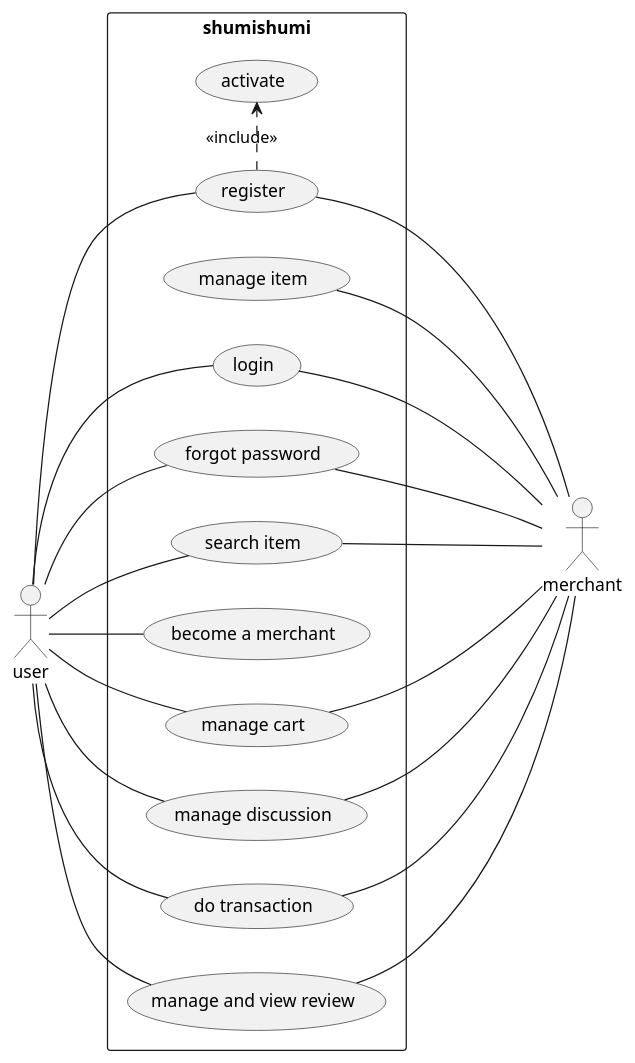
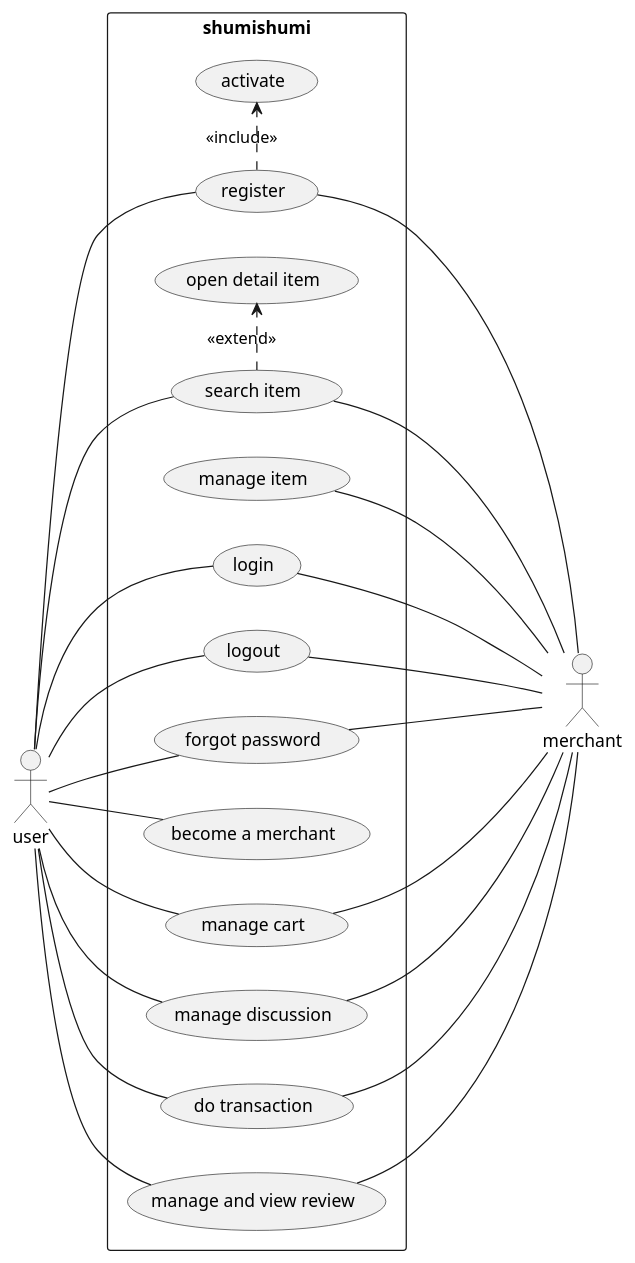
One commit to aldihsuhandi/skripsi-2023 changed the diagram in uml/usecase diagram.pu. Above: the diagram before and after it, drawn with PlantUML. The commit also changed 19 other files, not shown here.

Commit message:
progress uml

```diff
--- a/uml/usecase diagram.pu
+++ b/uml/usecase diagram.pu
@@ -1,68 +1,73 @@
 @startuml usecase diagram
 
 left to right direction
 
 skinparam actor {
     Location right
     StereotypeFontStyle bold
 }
 
 actor user as u
 actor merchant as m
 
 rectangle shumishumi {
     usecase "manage item" as manage_item
 
     usecase "login" as login
     usecase "activate" as activate
     usecase "register" as register
+    usecase "logout" as logout
     usecase "forgot password" as forgotpassword
 
 
+    usecase "open detail item" as detail
     usecase "search item" as search
 
     usecase "become a merchant" as be_merchant
 
     usecase "manage cart" as cart
     usecase "manage discussion" as discussion
 
     usecase "do transaction" as trx
     usecase "manage and view review" as review
 }
 
 ' user
 u -- login
+u -- logout
 
 u -- search
 
 u -- register
 u -- forgotpassword
 u -- be_merchant
 
 u -- cart
 u -- discussion
 
 u -- trx
 
 u -- review
 
 ' merchant
 login -- m
+logout -- m
 register -- m
 forgotpassword -- m
 
 search -- m
 
 cart --- m
 discussion -- m
 
 trx -- m
 
 review -- m
 
 manage_item -- m
 
 
 register .> activate : <<include>>
+search .> detail : <<extend>>
 
 @enduml
```
